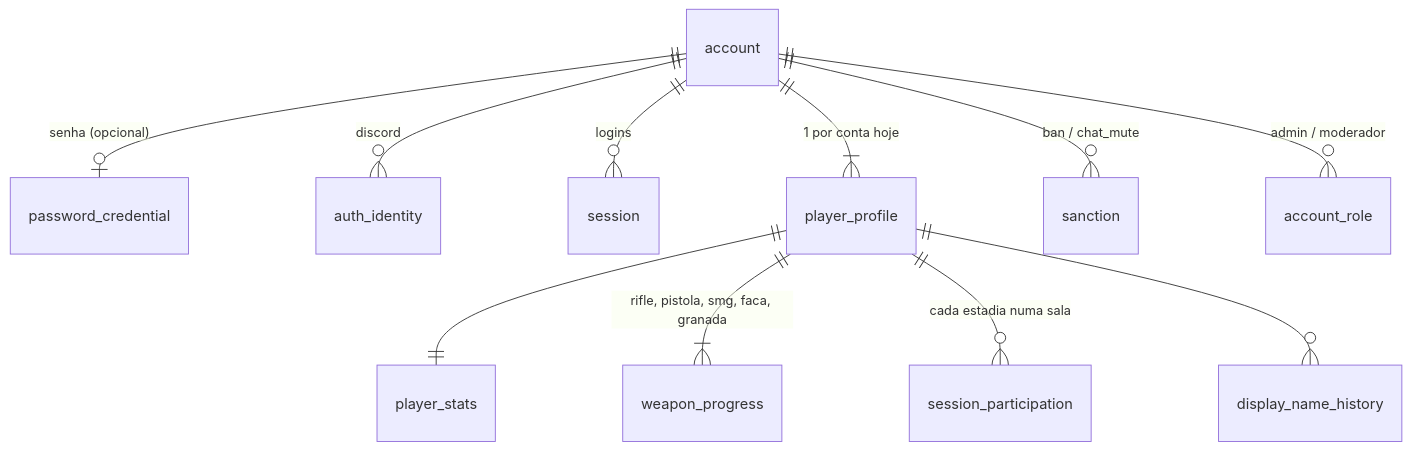
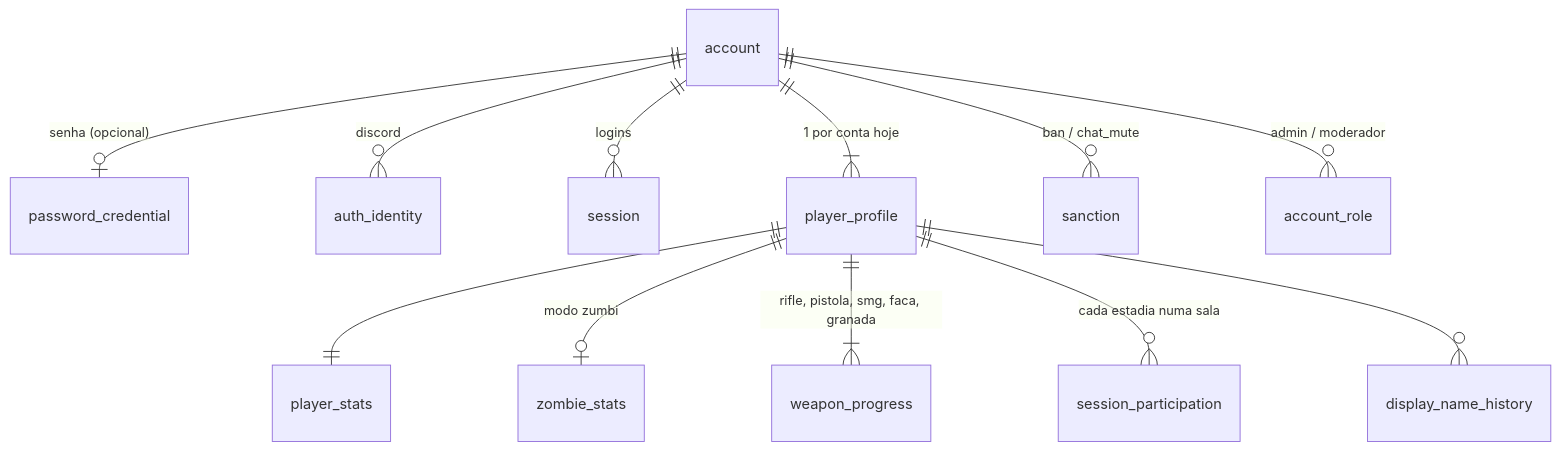
Before and after one commit to JPLabussiereF/offensive-combat-reload: the diagram in Game-Vault/11 - Data & Persistence/Player Data.md, drawn with Mermaid. The commit also changed other lines of this file and 17 other files, not shown here.

First line of the commit message:
feat: estatísticas do modo zumbi na conta

````diff
--- a/Game-Vault/11 - Data & Persistence/Player Data.md
+++ b/Game-Vault/11 - Data & Persistence/Player Data.md
@@ -31,13 +33,14 @@
 ```mermaid
 erDiagram
     account ||--o| password_credential : "senha (opcional)"
     account ||--o{ auth_identity : "discord"
     account ||--o{ session : "logins"
     account ||--|{ player_profile : "1 por conta hoje"
     account ||--o{ sanction : "ban / chat_mute"
     account ||--o{ account_role : "admin / moderador"
     player_profile ||--|| player_stats : ""
+    player_profile ||--o| zombie_stats : "modo zumbi"
     player_profile ||--|{ weapon_progress : "rifle, pistola, smg, faca, granada"
     player_profile ||--o{ session_participation : "cada estadia numa sala"
     player_profile ||--o{ display_name_history : ""
 ```
````
